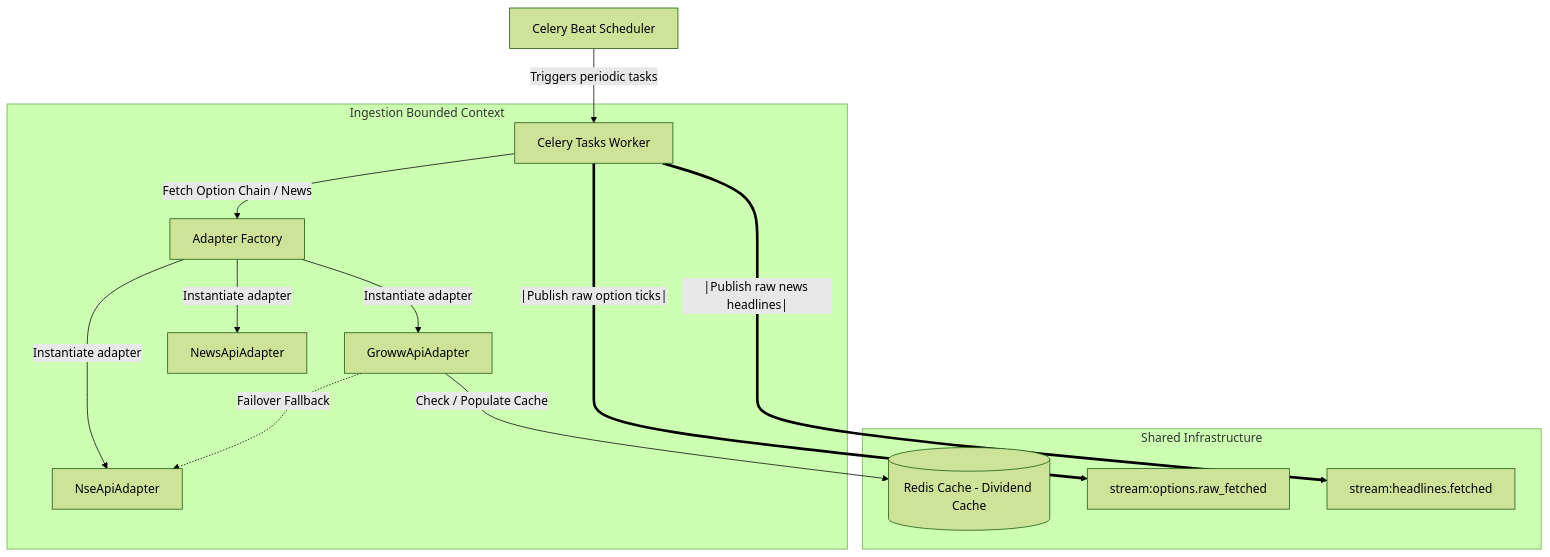
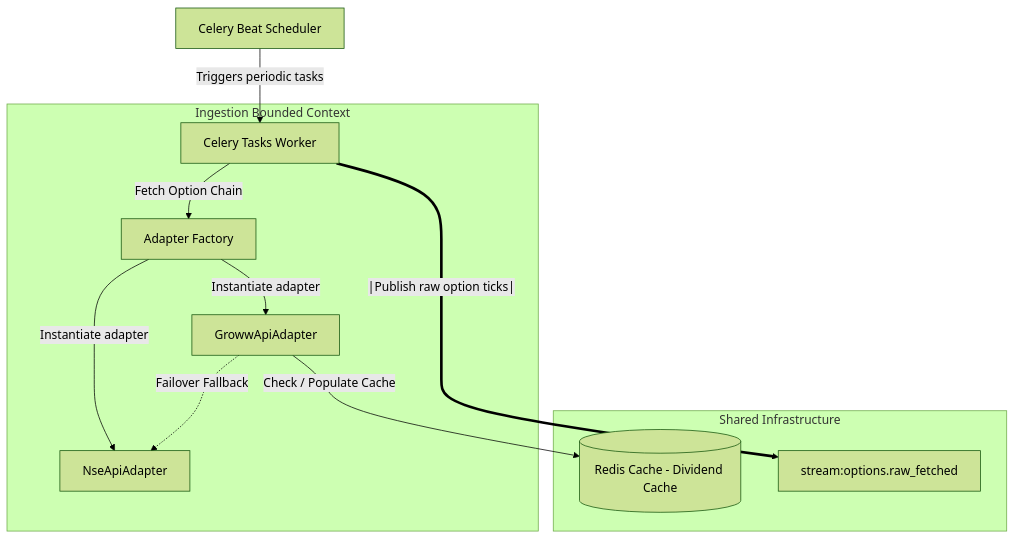
The third of 5 diagrams in docs/architecture.md (NirmayKadam/Shani), drawn with Mermaid (forest theme) before and after one commit. The commit also changed other lines of this file and 8 other files, not shown here.

````diff
--- a/docs/architecture.md
+++ b/docs/architecture.md
@@ -199,22 +165,19 @@
 ```mermaid
 graph TD
     CeleryBeat[Celery Beat Scheduler] -->|Triggers periodic tasks| CeleryWorker[Celery Tasks Worker]
     
     subgraph Ingestion_Domain [Ingestion Bounded Context]
-        CeleryWorker -->|Fetch Option Chain / News| AdapterFactory[Adapter Factory]
+        CeleryWorker -->|Fetch Option Chain| AdapterFactory[Adapter Factory]
         AdapterFactory -->|Instantiate adapter| GrowwAdapter[GrowwApiAdapter]
         AdapterFactory -->|Instantiate adapter| NseAdapter[NseApiAdapter]
-        AdapterFactory -->|Instantiate adapter| NewsAdapter[NewsApiAdapter]
         GrowwAdapter -.->|Failover Fallback| NseAdapter
     end
 
     subgraph Infrastructure [Shared Infrastructure]
         RedisCache[(Redis Cache - Dividend Cache)]
         RawTicksStream["stream:options.raw_fetched"]
-        RawNewsStream["stream:headlines.fetched"]
     end
 
     GrowwAdapter -->|Check / Populate Cache| RedisCache
     CeleryWorker ==|Publish raw option ticks|==> RawTicksStream
-    CeleryWorker ==|Publish raw news headlines|==> RawNewsStream
 ```
````
